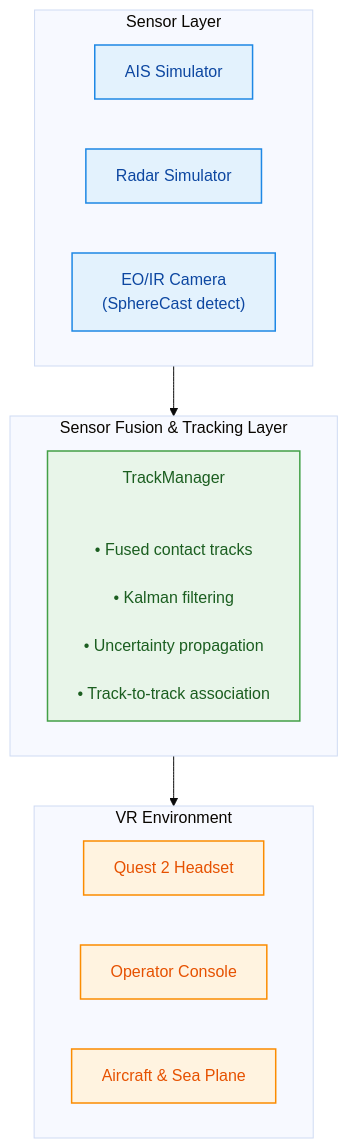
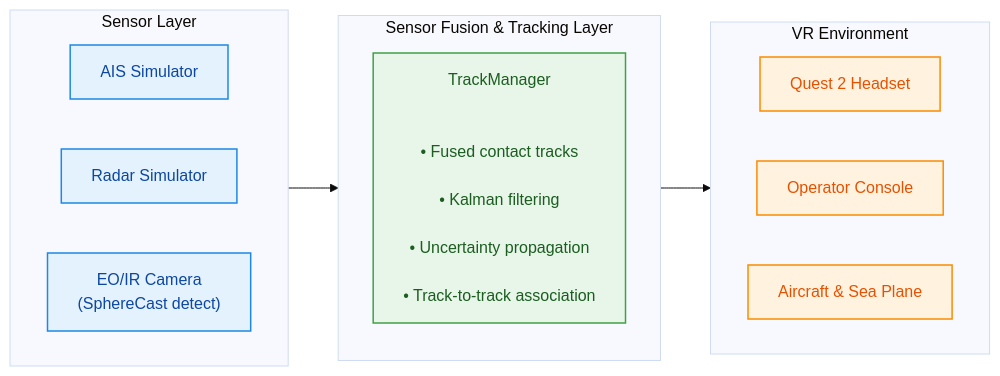
One commit to martinhli/master-thesis changed the diagram in README.md. Above: the diagram before and after it, drawn with Mermaid (base theme).

Commit message:
Fix formatting in README.md for system architecture section

````diff
--- a/README.md
+++ b/README.md
@@ -59,37 +59,37 @@
 ```mermaid
-flowchart TB
+flowchart LR
 
 %% ========= Styles =========
 classDef sensor fill:#E3F2FD,stroke:#1E88E5,stroke-width:1.5px,color:#0D47A1;
 classDef fusion fill:#E8F5E9,stroke:#43A047,stroke-width:1.5px,color:#1B5E20;
 classDef vr fill:#FFF3E0,stroke:#FB8C00,stroke-width:1.5px,color:#E65100;
 
 %% ========= Sensor Layer =========
 subgraph SL["Sensor Layer"]
     direction LR
     AIS["AIS Simulator"]:::sensor
     RADAR["Radar Simulator"]:::sensor
     EOIR["EO/IR Camera<br/>(SphereCast detect)"]:::sensor
 end
 
 %% ========= Sensor Fusion & Tracking =========
 subgraph SFTL["Sensor Fusion & Tracking Layer"]
     TM["TrackManager<br/><br/>
     • Fused contact tracks<br/>
     • Kalman filtering<br/>
     • Uncertainty propagation<br/>
     • Track-to-track association"]:::fusion
 end
 
 %% ========= VR Environment =========
 subgraph VR["VR Environment"]
     direction LR
     QUEST["Quest 2 Headset"]:::vr
     OP["Operator Console"]:::vr
     AC["Aircraft & Sea Plane"]:::vr
 end
 
 %% ========= Data Flow =========
 SL --> SFTL
 SFTL --> VR
 ```
````
